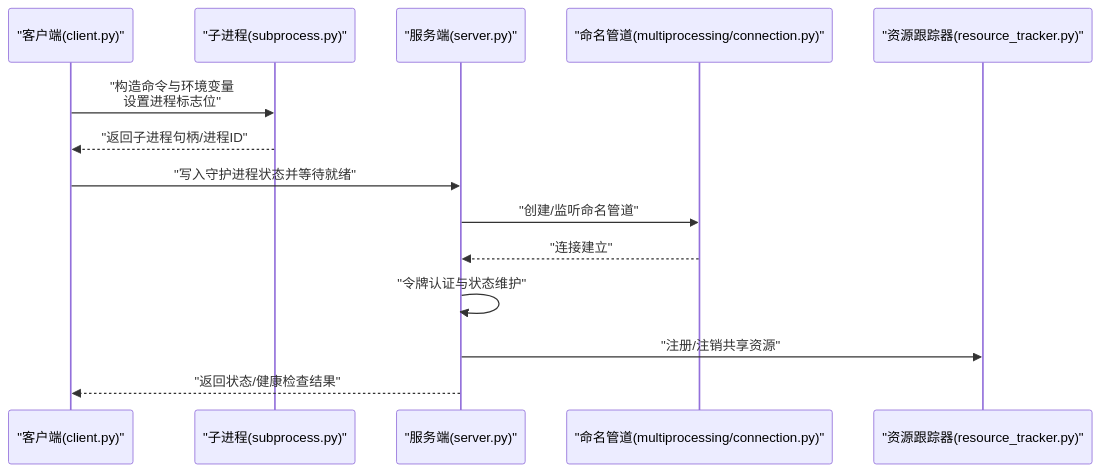
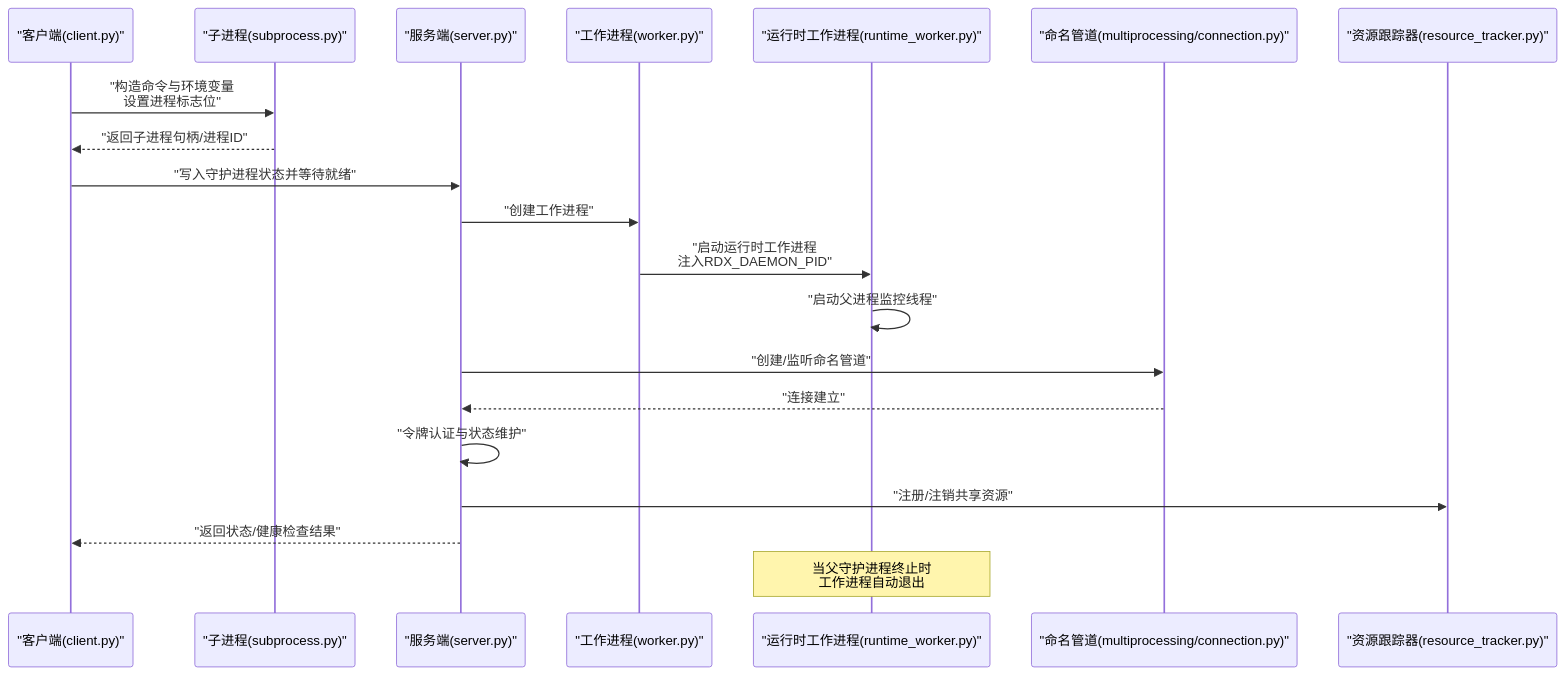
One commit to haolange/RDC-Tool changed the second of 11 diagrams in .qoder/repowiki/zh/content/守护进程架构/进程管理.md. Above: the diagram before and after it, drawn with Mermaid. The commit also changed other lines of this file and 4 other files, not shown here.

````diff
--- a/.qoder/repowiki/zh/content/守护进程架构/进程管理.md
+++ b/.qoder/repowiki/zh/content/守护进程架构/进程管理.md
@@ -117,16 +146,22 @@
 ```mermaid
 sequenceDiagram
 participant CLI as "客户端(client.py)"
 participant SUB as "子进程(subprocess.py)"
 participant SRV as "服务端(server.py)"
+participant WORKER as "工作进程(worker.py)"
+participant RW as "运行时工作进程(runtime_worker.py)"
 participant PIPE as "命名管道(multiprocessing/connection.py)"
 participant RT as "资源跟踪器(resource_tracker.py)"
 CLI->>SUB : "构造命令与环境变量<br/>设置进程标志位"
 SUB-->>CLI : "返回子进程句柄/进程ID"
 CLI->>SRV : "写入守护进程状态并等待就绪"
+SRV->>WORKER : "创建工作进程"
+WORKER->>RW : "启动运行时工作进程<br/>注入RDX_DAEMON_PID"
+RW->>RW : "启动父进程监控线程"
 SRV->>PIPE : "创建/监听命名管道"
 PIPE-->>SRV : "连接建立"
 SRV->>SRV : "令牌认证与状态维护"
 SRV->>RT : "注册/注销共享资源"
 SRV-->>CLI : "返回状态/健康检查结果"
+Note over RW : 当父守护进程终止时<br/>工作进程自动退出
 ```
````
